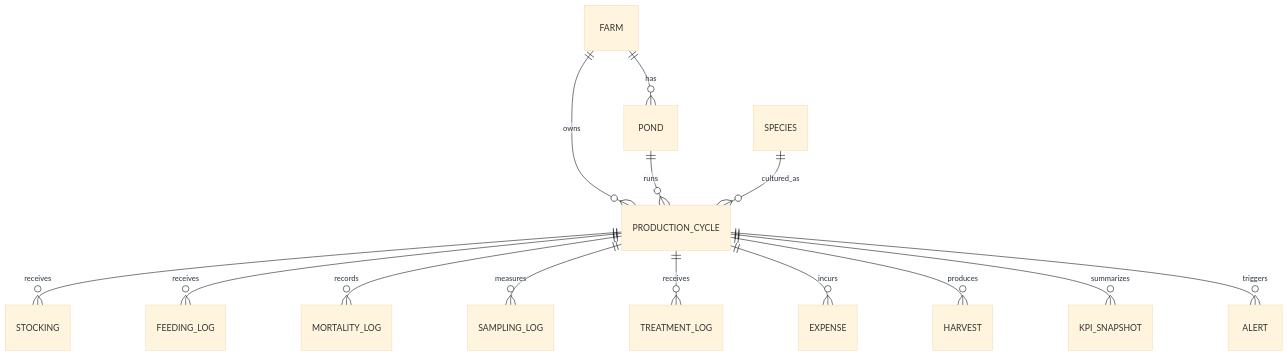
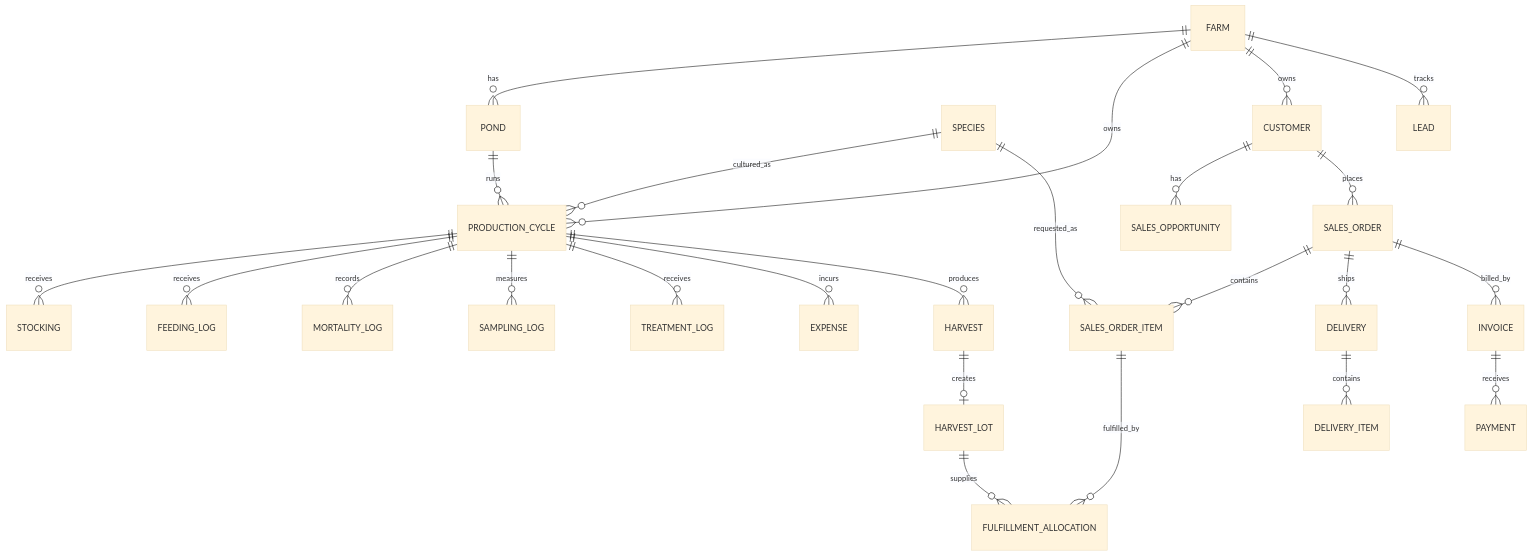
One commit to Fikriafrizal99/fishfarm-management changed the diagram in docs/DOMAIN_MODEL.md. Above: the diagram before and after it, drawn with Mermaid (base theme). The commit also changed other lines of this file, not shown here.

Commit message:
docs: extend domain model with Sales CRM boundary

````diff
--- a/docs/DOMAIN_MODEL.md
+++ b/docs/DOMAIN_MODEL.md
@@ -319,16 +382,28 @@
 ```mermaid
 erDiagram
     FARM ||--o{ POND : has
     FARM ||--o{ PRODUCTION_CYCLE : owns
     POND ||--o{ PRODUCTION_CYCLE : runs
     SPECIES ||--o{ PRODUCTION_CYCLE : cultured_as
     PRODUCTION_CYCLE ||--o{ STOCKING : receives
     PRODUCTION_CYCLE ||--o{ FEEDING_LOG : receives
     PRODUCTION_CYCLE ||--o{ MORTALITY_LOG : records
     PRODUCTION_CYCLE ||--o{ SAMPLING_LOG : measures
     PRODUCTION_CYCLE ||--o{ TREATMENT_LOG : receives
     PRODUCTION_CYCLE ||--o{ EXPENSE : incurs
     PRODUCTION_CYCLE ||--o{ HARVEST : produces
-    PRODUCTION_CYCLE ||--o{ KPI_SNAPSHOT : summarizes
-    PRODUCTION_CYCLE ||--o{ ALERT : triggers
+    HARVEST ||--o| HARVEST_LOT : creates
+
+    FARM ||--o{ CUSTOMER : owns
+    FARM ||--o{ LEAD : tracks
+    CUSTOMER ||--o{ SALES_OPPORTUNITY : has
+    CUSTOMER ||--o{ SALES_ORDER : places
+    SALES_ORDER ||--o{ SALES_ORDER_ITEM : contains
+    SPECIES ||--o{ SALES_ORDER_ITEM : requested_as
+    HARVEST_LOT ||--o{ FULFILLMENT_ALLOCATION : supplies
+    SALES_ORDER_ITEM ||--o{ FULFILLMENT_ALLOCATION : fulfilled_by
+    SALES_ORDER ||--o{ DELIVERY : ships
+    DELIVERY ||--o{ DELIVERY_ITEM : contains
+    SALES_ORDER ||--o{ INVOICE : billed_by
+    INVOICE ||--o{ PAYMENT : receives
 ```
````
